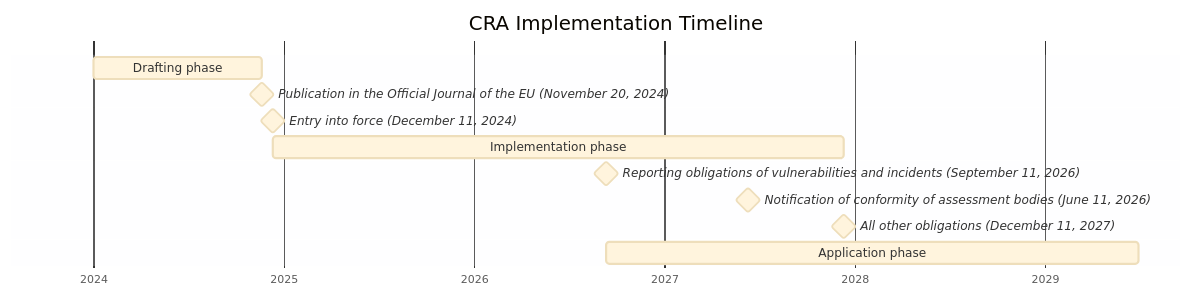
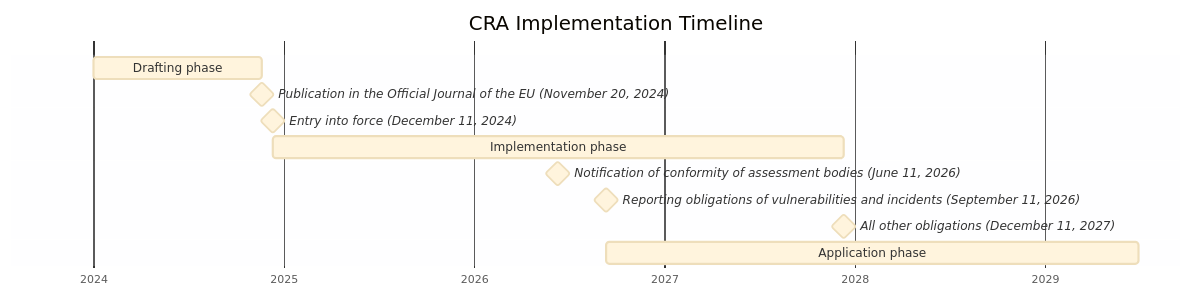
One commit to orcwg/cra-hub changed the diagram in faq/cra-itself/timeline.md. Above: the diagram before and after it, drawn with Mermaid. The commit also changed 1 other file, not shown here.

Commit message:
Fix date in CRA timeline (#318)
---------

````diff
--- a/faq/cra-itself/timeline.md
+++ b/faq/cra-itself/timeline.md
@@ -12,17 +12,17 @@
 ```mermaid
 %%{init: {'theme':'base'}}%%
 gantt
     title CRA Implementation Timeline
     dateFormat  YYYY-MM-DD
     axisFormat %Y
     tickInterval 1year
 
     Drafting phase: 2024-01-01, 2024-11-20
     Publication in the Official Journal of the EU (November 20, 2024): milestone, 2024-11-20, 5m
     Entry into force (December 11, 2024): milestone, 2024-12-11, 5m
     Implementation phase: 2024-12-11, 3y
+    Notification of conformity of assessment bodies (June 11, 2026): milestone, 2026-06-11, 5m
     Reporting obligations of vulnerabilities and incidents (September 11, 2026): milestone, 2026-09-11, 5m
-    Notification of conformity of assessment bodies (June 11, 2026): milestone, 2027-06-11, 5m
     All other obligations (December 11, 2027): milestone, 2027-12-11, 5m
     Application phase: 2026-09-11, 2029-06-30
 ```
````
